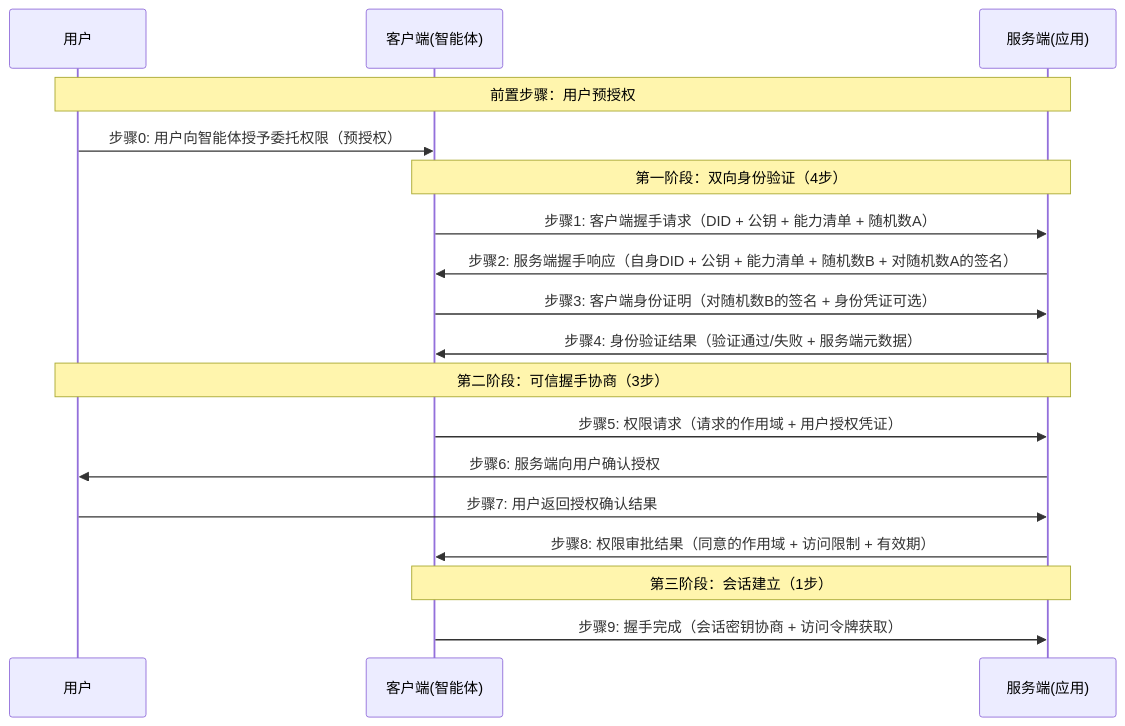
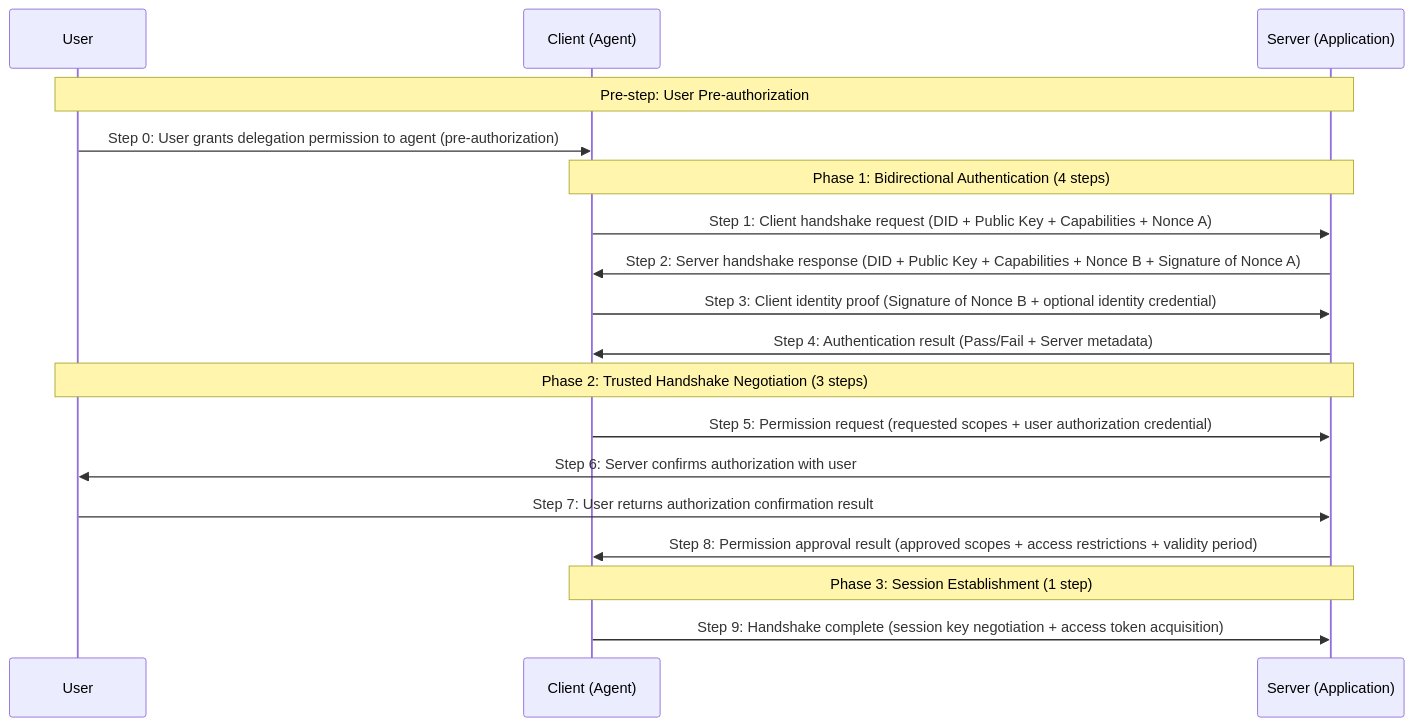
One commit to ath-protocol/agent-trust-handshake-protocol changed the diagram in README.md. Above: the diagram before and after it, drawn with Mermaid. The commit also changed other lines of this file, not shown here.

````diff
--- a/README.md
+++ b/README.md
@@ -91,24 +91,24 @@
 ```mermaid
 sequenceDiagram
-    participant U as 用户
-    participant C as 客户端(智能体)
-    participant S as 服务端(应用)
+    participant U as User
+    participant C as Client (Agent)
+    participant S as Server (Application)
     
-    Note over U,S: 前置步骤：用户预授权
-    U->>C: 步骤0: 用户向智能体授予委托权限（预授权）
+    Note over U,S: Pre-step: User Pre-authorization
+    U->>C: Step 0: User grants delegation permission to agent (pre-authorization)
     
-    Note over C,S: 第一阶段：双向身份验证（4步）
-    C->>S: 步骤1: 客户端握手请求（DID + 公钥 + 能力清单 + 随机数A）
-    S->>C: 步骤2: 服务端握手响应（自身DID + 公钥 + 能力清单 + 随机数B + 对随机数A的签名）
-    C->>S: 步骤3: 客户端身份证明（对随机数B的签名 + 身份凭证可选）
-    S->>C: 步骤4: 身份验证结果（验证通过/失败 + 服务端元数据）
+    Note over C,S: Phase 1: Bidirectional Authentication (4 steps)
+    C->>S: Step 1: Client handshake request (DID + Public Key + Capabilities + Nonce A)
+    S->>C: Step 2: Server handshake response (DID + Public Key + Capabilities + Nonce B + Signature of Nonce A)
+    C->>S: Step 3: Client identity proof (Signature of Nonce B + optional identity credential)
+    S->>C: Step 4: Authentication result (Pass/Fail + Server metadata)
     
-    Note over U,S: 第二阶段：可信握手协商（3步）
-    C->>S: 步骤5: 权限请求（请求的作用域 + 用户授权凭证）
-    S->>U: 步骤6: 服务端向用户确认授权
-    U->>S: 步骤7: 用户返回授权确认结果
-    S->>C: 步骤8: 权限审批结果（同意的作用域 + 访问限制 + 有效期）
+    Note over U,S: Phase 2: Trusted Handshake Negotiation (3 steps)
+    C->>S: Step 5: Permission request (requested scopes + user authorization credential)
+    S->>U: Step 6: Server confirms authorization with user
+    U->>S: Step 7: User returns authorization confirmation result
+    S->>C: Step 8: Permission approval result (approved scopes + access restrictions + validity period)
     
-    Note over C,S: 第三阶段：会话建立（1步）
-    C->>S: 步骤9: 握手完成（会话密钥协商 + 访问令牌获取）
+    Note over C,S: Phase 3: Session Establishment (1 step)
+    C->>S: Step 9: Handshake complete (session key negotiation + access token acquisition)
 ```
````
